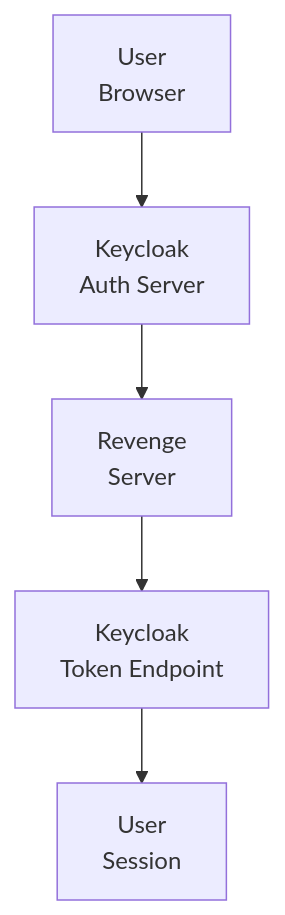
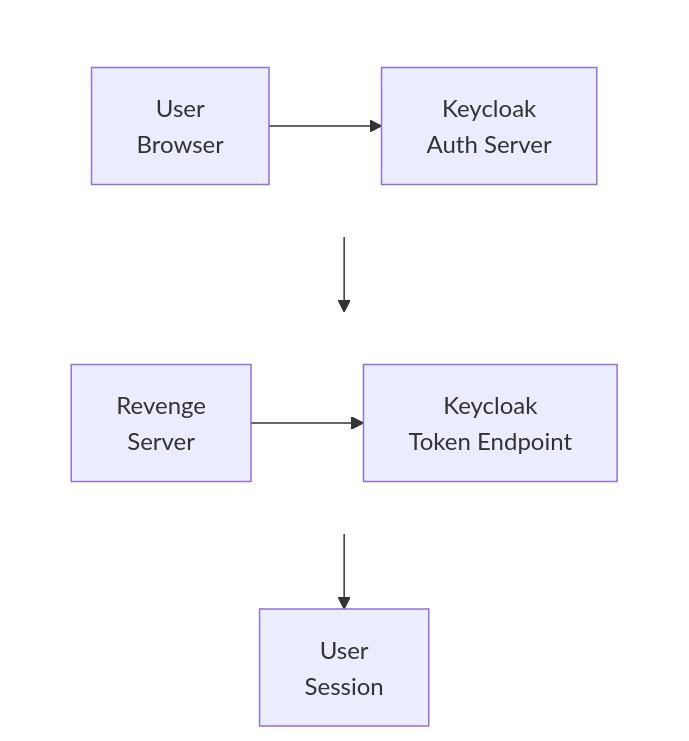
Before and after one commit to lusoris/revenge: the diagram in docs/dev/design/integrations/auth/KEYCLOAK.md, drawn with Mermaid. The commit also changed 210 other files, not shown here.

First line of the commit message:
feat(docs): Add horizontal layout support for Mermaid diagrams

````diff
--- a/docs/dev/design/integrations/auth/KEYCLOAK.md
+++ b/docs/dev/design/integrations/auth/KEYCLOAK.md
@@ -59,12 +59,22 @@
 ```mermaid
 flowchart TD
-    node1["User<br/>Browser"]
-    node2["Keycloak<br/>Auth Server"]
-    node3["Revenge<br/>Server"]
-    node4["Keycloak<br/>Token Endpoint"]
+    subgraph row1[ ]
+        direction LR
+        node1["User<br/>Browser"]
+        node2["Keycloak<br/>Auth Server"]
+    end
+    subgraph row2[ ]
+        direction LR
+        node3["Revenge<br/>Server"]
+        node4["Keycloak<br/>Token Endpoint"]
+    end
     node5["User<br/>Session"]
     node1 --> node2
     node3 --> node4
     node2 --> node3
     node4 --> node5
+
+    %% Hide row subgraph borders
+    style row1 fill:transparent,stroke:transparent
+    style row2 fill:transparent,stroke:transparent
 ```
````
